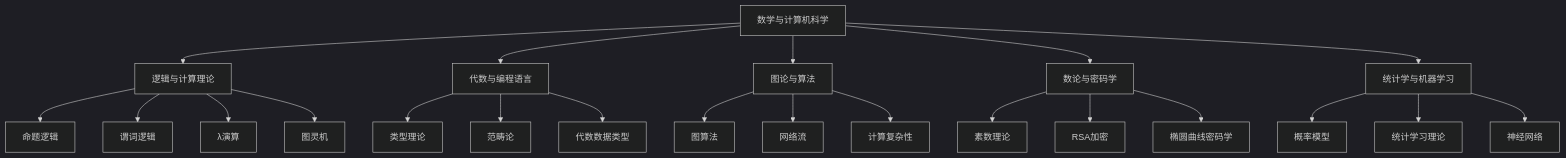
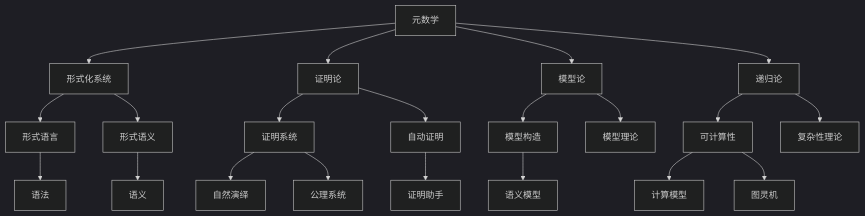
The second of 3 diagrams in Math/Refactor/00-项目总览/02-知识图谱.md (AdaMartin18010/Mathematics), drawn with Mermaid (dark theme) before and after one commit. The commit also changed other lines of this file and 8 other files, not shown here.

````diff
--- a/Math/Refactor/00-项目总览/02-知识图谱.md
+++ b/Math/Refactor/00-项目总览/02-知识图谱.md
@@ -252,29 +75,23 @@
 ```mermaid
 graph TD
-    A[数学与计算机科学] --> B[逻辑与计算理论]
-    A --> C[代数与编程语言]
-    A --> D[图论与算法]
-    A --> E[数论与密码学]
-    A --> F[统计学与机器学习]
-    
-    B --> B1[命题逻辑]
-    B --> B2[谓词逻辑]
-    B --> B3[λ演算]
-    B --> B4[图灵机]
-    
-    C --> C1[类型理论]
-    C --> C2[范畴论]
-    C --> C3[代数数据类型]
-    
-    D --> D1[图算法]
-    D --> D2[网络流]
-    D --> D3[计算复杂性]
-    
-    E --> E1[素数理论]
-    E --> E2[RSA加密]
-    E --> E3[椭圆曲线密码学]
-    
-    F --> F1[概率模型]
-    F --> F2[统计学习理论]
-    F --> F3[神经网络]
+    A[元数学] --> B[形式化系统]
+    A --> C[证明论]
+    A --> D[模型论]
+    A --> E[递归论]
+    B --> F[形式语言]
+    B --> G[形式语义]
+    C --> H[证明系统]
+    C --> I[自动证明]
+    D --> J[模型构造]
+    D --> K[模型理论]
+    E --> L[可计算性]
+    E --> M[复杂性理论]
+    F --> N[语法]
+    G --> O[语义]
+    H --> P[自然演绎]
+    H --> Q[公理系统]
+    I --> R[证明助手]
+    J --> S[语义模型]
+    L --> T[计算模型]
+    L --> U[图灵机]
 ```
````
